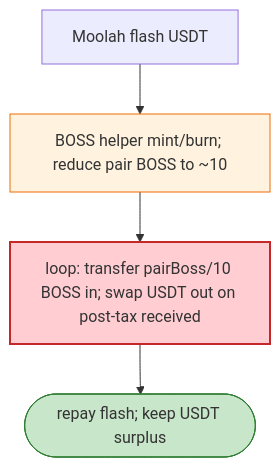
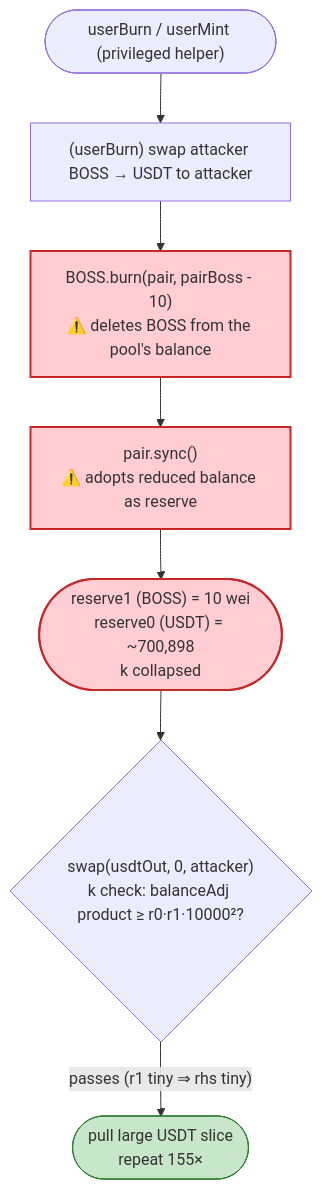
Before and after one commit to sanbir/evm-hack-registry: the third of 4 diagrams in 2026-06-BOSS_exp/BOSS_exp.md, drawn with Mermaid. The commit also changed other lines of this file and 32 other files, not shown here.

````diff
--- a/2026-06-BOSS_exp/BOSS_exp.md
+++ b/2026-06-BOSS_exp/BOSS_exp.md
@@ -40,10 +381,14 @@
 ```mermaid
 flowchart TD
-    FL["Moolah flash USDT"] --> HB["BOSS helper mint/burn; reduce pair BOSS to ~10"]
-    HB --> L["loop: transfer pairBoss/10 BOSS in; swap USDT out on post-tax received"]
-    L --> OUT(["repay flash; keep USDT surplus"])
+    Start(["userBurn / userMint (privileged helper)"]) --> Swap["(userBurn) swap attacker BOSS → USDT to attacker"]
+    Swap --> Burn["BOSS.burn(pair, pairBoss - 10)<br/>⚠️ deletes BOSS from the pool's balance"]
+    Burn --> Sync["pair.sync()<br/>⚠️ adopts reduced balance as reserve"]
+    Sync --> State(["reserve1 (BOSS) = 10 wei<br/>reserve0 (USDT) = ~700,898<br/>k collapsed"])
+    State --> Loop{"swap(usdtOut, 0, attacker)<br/>k check: balanceAdj product ≥ r0·r1·10000²?"}
+    Loop -- "passes (r1 tiny ⇒ rhs tiny)" --> Drain(["pull large USDT slice<br/>repeat 155×"])
 
-    style HB fill:#fff3e0,stroke:#ef6c00
-    style L fill:#ffcdd2,stroke:#c62828,stroke-width:2px
-    style OUT fill:#c8e6c9,stroke:#2e7d32
+    style Burn fill:#ffcdd2,stroke:#c62828,stroke-width:2px
+    style Sync fill:#ffcdd2,stroke:#c62828,stroke-width:2px
+    style State fill:#ffcdd2,stroke:#c62828,stroke-width:2px
+    style Drain fill:#c8e6c9,stroke:#2e7d32
 ```
````
